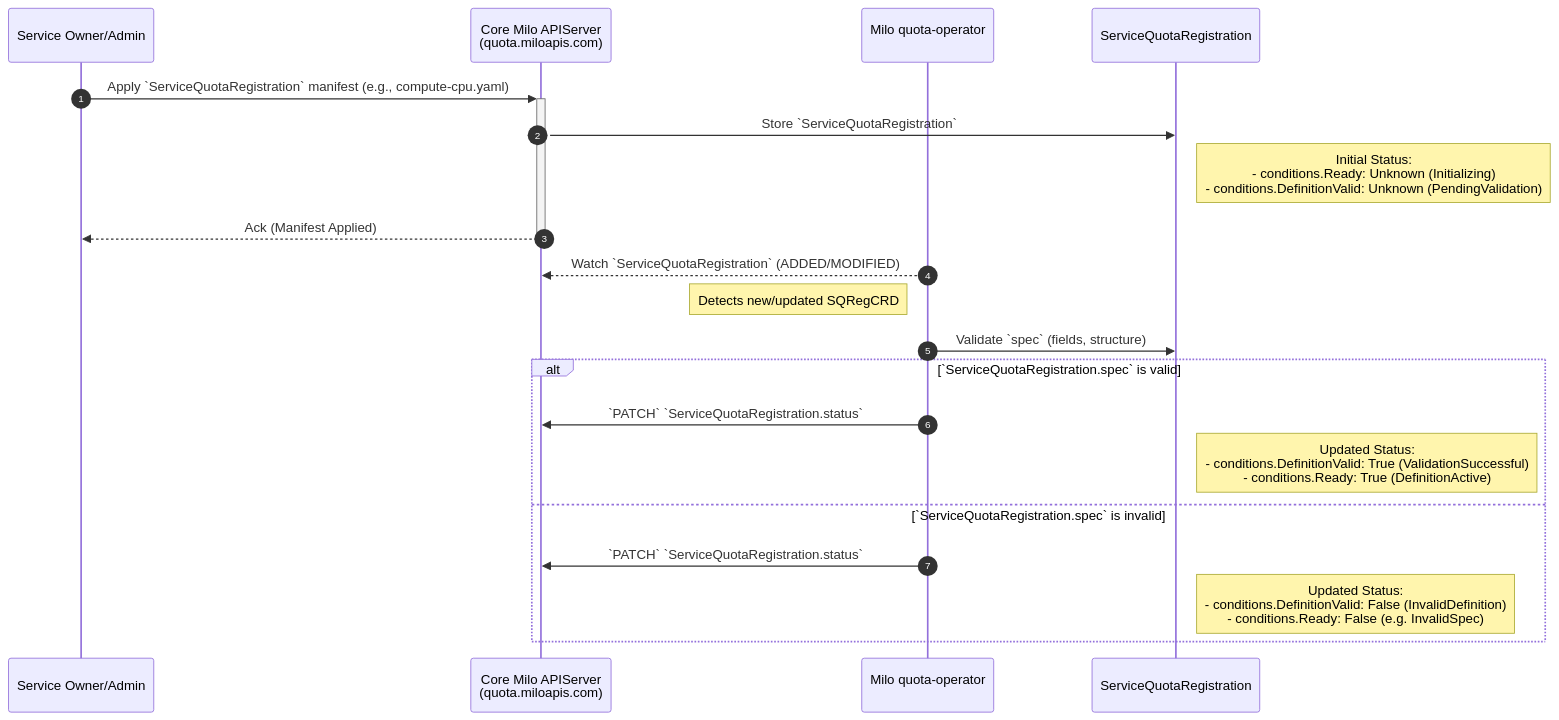
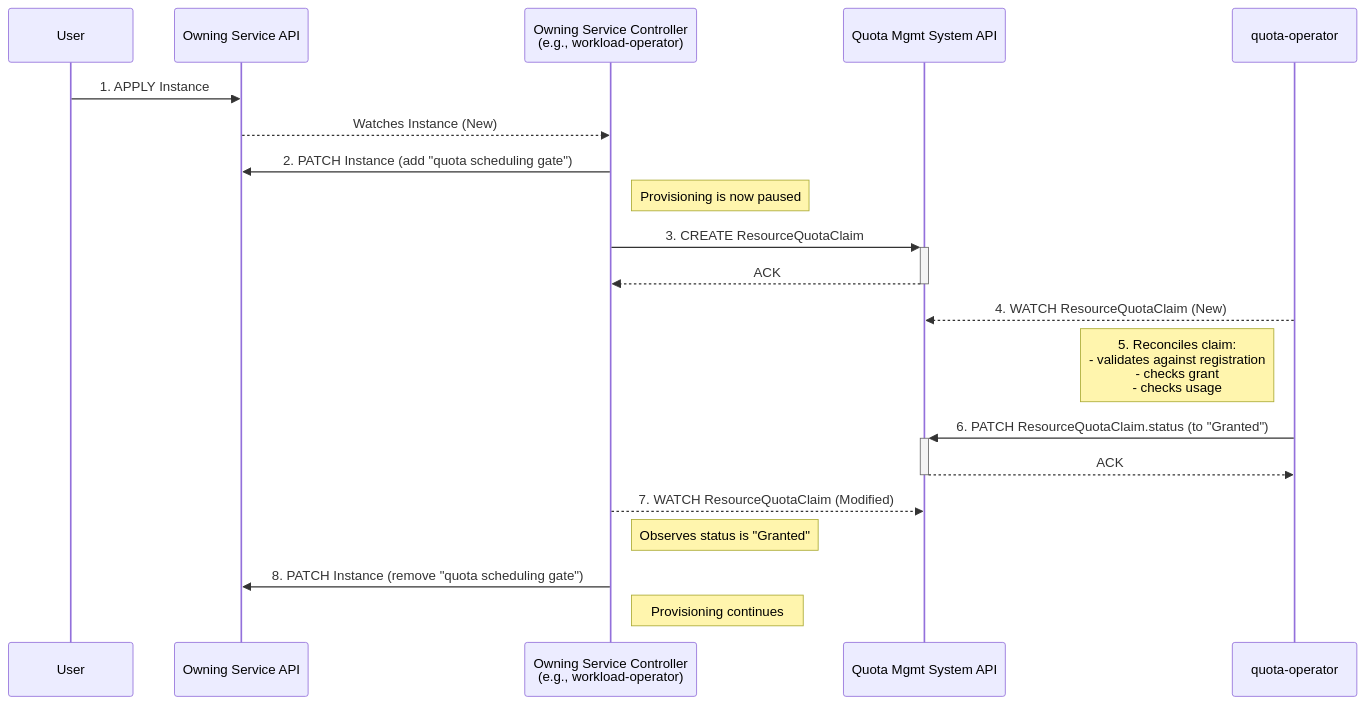
One commit to datum-cloud/enhancements changed the fifth of 7 diagrams in enhancements/platform/quota-management/README.md. Above: the diagram before and after it, drawn with Mermaid. The commit also changed other lines of this file, not shown here.

Commit message:
enh(quota): makes various updates to proposal

````diff
--- a/enhancements/platform/quota-management/README.md
+++ b/enhancements/platform/quota-management/README.md
@@ -1392,25 +1461,28 @@
 ```mermaid
-%% Sequence Diagram - Service Quota Definition Registration (Prerequisite)
+%% Sequence Diagram - Core Flow: Resource Provisioning and Quota Claim
 sequenceDiagram
-    autonumber
-    participant SvcOwner as Service Owner/Admin
-    participant MiloAPICore as Core Milo APIServer <br> (quota.miloapis.com)
-    participant MiloQuotaOp as Milo quota-operator <br>
-    participant SQRegCRD as ServiceQuotaRegistration
+    participant User
+    participant OwningServiceAPI as Owning Service API
+    participant OwningServiceController as Owning Service Controller <br> (e.g., workload-operator)
+    participant QuotaAPI as Quota Mgmt System API
+    participant QuotaOperator as quota-operator
 
-    SvcOwner->>+MiloAPICore: Apply `ServiceQuotaRegistration` manifest (e.g., compute-cpu.yaml)
-    MiloAPICore->>SQRegCRD: Store `ServiceQuotaRegistration`
-    note right of SQRegCRD: Initial Status: <br> - conditions.Ready: Unknown (Initializing) <br> - conditions.DefinitionValid: Unknown (PendingValidation)
-    MiloAPICore-->>-SvcOwner: Ack (Manifest Applied)
+    User->>OwningServiceAPI: 1. APPLY Instance
+    OwningServiceAPI-->>OwningServiceController: Watches Instance (New)
+    OwningServiceController->>OwningServiceAPI: 2. PATCH Instance (add "quota scheduling gate")
+    note right of OwningServiceController: Provisioning is now paused
 
-    MiloQuotaOp-->>MiloAPICore: Watch `ServiceQuotaRegistration` (ADDED/MODIFIED)
-    note left of MiloQuotaOp: Detects new/updated SQRegCRD
-    MiloQuotaOp->>SQRegCRD: Validate `spec` (fields, structure)
-    alt `ServiceQuotaRegistration.spec` is valid
-        MiloQuotaOp->>MiloAPICore: `PATCH` `ServiceQuotaRegistration.status`
-        note right of SQRegCRD: Updated Status: <br> - conditions.DefinitionValid: True (ValidationSuccessful) <br> - conditions.Ready: True (DefinitionActive)
-    else `ServiceQuotaRegistration.spec` is invalid
-        MiloQuotaOp->>MiloAPICore: `PATCH` `ServiceQuotaRegistration.status`
-        note right of SQRegCRD: Updated Status: <br> - conditions.DefinitionValid: False (InvalidDefinition) <br> - conditions.Ready: False (e.g. InvalidSpec)
-    end
+    OwningServiceController->>+QuotaAPI: 3. CREATE ResourceQuotaClaim
+    QuotaAPI-->>-OwningServiceController: ACK
+
+    QuotaOperator-->>QuotaAPI: 4. WATCH ResourceQuotaClaim (New)
+    note left of QuotaOperator: 5. Reconciles claim: <br/>- validates against registration <br/>- checks grant <br/>- checks usage
+    QuotaOperator->>+QuotaAPI: 6. PATCH ResourceQuotaClaim.status (to "Granted")
+    QuotaAPI-->>-QuotaOperator: ACK
+
+    OwningServiceController-->>QuotaAPI: 7. WATCH ResourceQuotaClaim (Modified)
+    note right of OwningServiceController: Observes status is "Granted"
+
+    OwningServiceController->>OwningServiceAPI: 8. PATCH Instance (remove "quota scheduling gate")
+    note right of OwningServiceController: Provisioning continues
 ```
````
